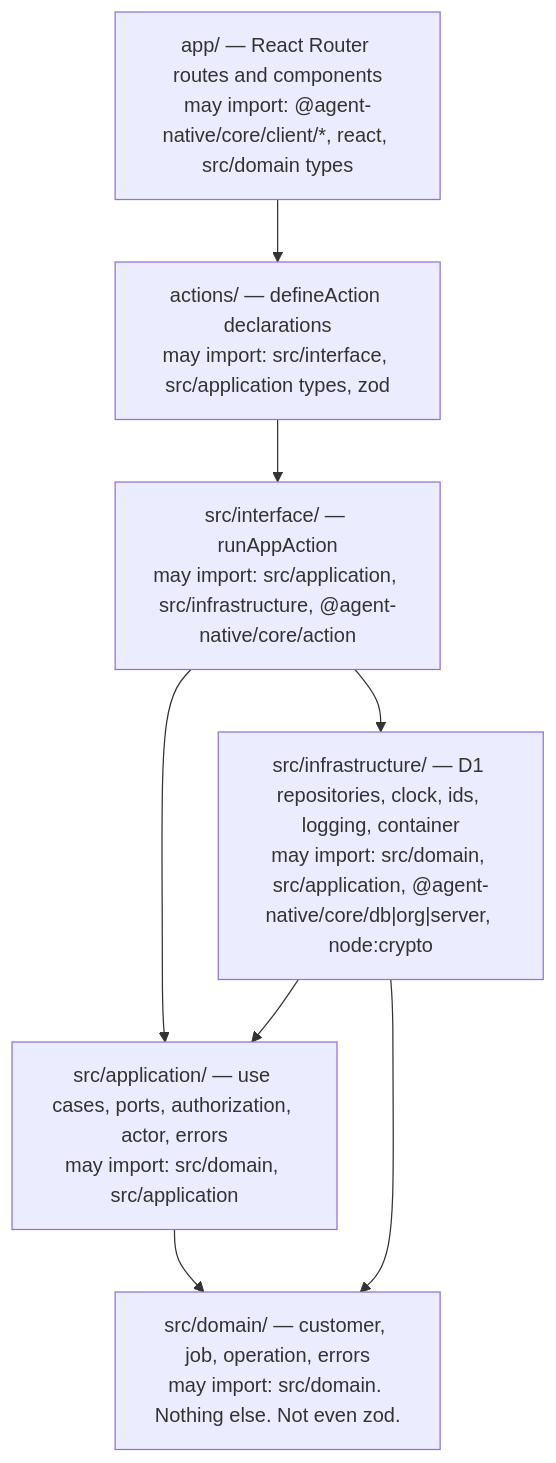
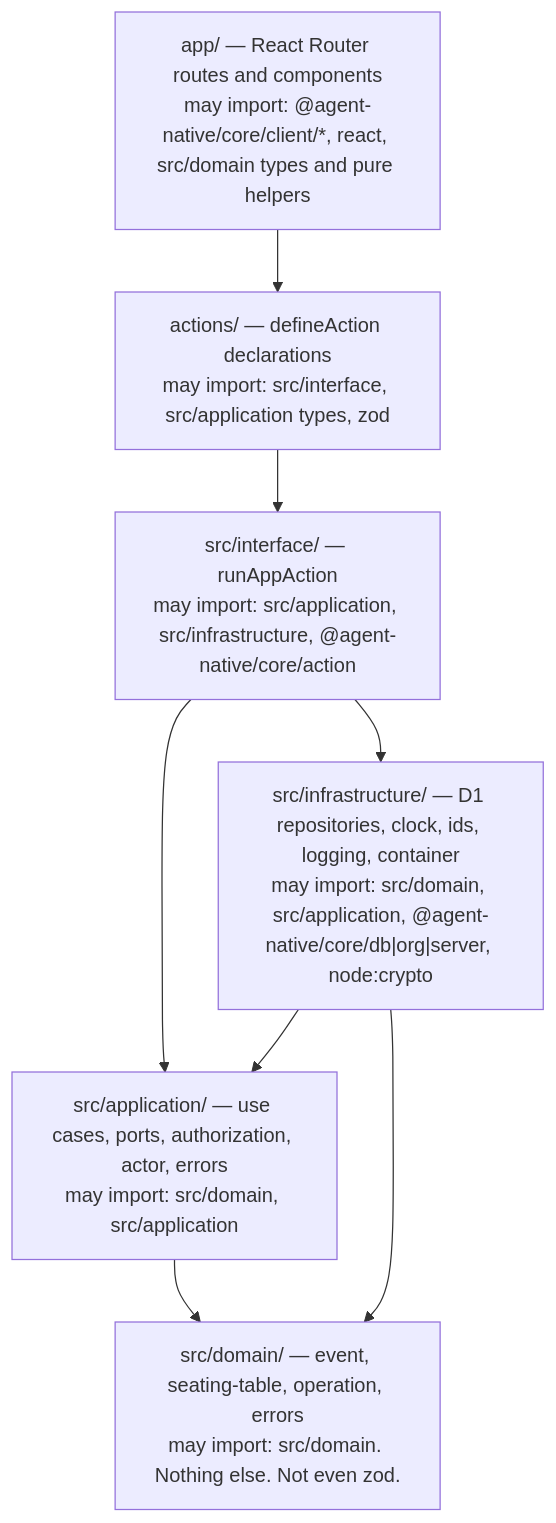
Before and after one commit to anbergem/seating-arrangement: the seventh of 14 diagrams in ARCHITECTURE.md, drawn with Mermaid. The commit also changed other lines of this file and 203 other files, not shown here.

````diff
--- a/ARCHITECTURE.md
+++ b/ARCHITECTURE.md
@@ -307,17 +337,17 @@
 ```mermaid
 flowchart TB
-  UI["app/ — React Router routes and components<br/>may import: @agent-native/core/client/*, react, src/domain types"]
+  UI["app/ — React Router routes and components<br/>may import: @agent-native/core/client/*, react, src/domain types and pure helpers"]
   ACT["actions/ — defineAction declarations<br/>may import: src/interface, src/application types, zod"]
   INT["src/interface/ — runAppAction<br/>may import: src/application, src/infrastructure, @agent-native/core/action"]
   APP["src/application/ — use cases, ports, authorization, actor, errors<br/>may import: src/domain, src/application"]
-  DOM["src/domain/ — customer, job, operation, errors<br/>may import: src/domain. Nothing else. Not even zod."]
+  DOM["src/domain/ — event, seating-table, operation, errors<br/>may import: src/domain. Nothing else. Not even zod."]
   INF["src/infrastructure/ — D1 repositories, clock, ids, logging, container<br/>may import: src/domain, src/application, @agent-native/core/db|org|server, node:crypto"]
 
   UI --> ACT
   ACT --> INT
   INT --> APP
   INT --> INF
   APP --> DOM
   INF --> APP
   INF --> DOM
 ```
````
